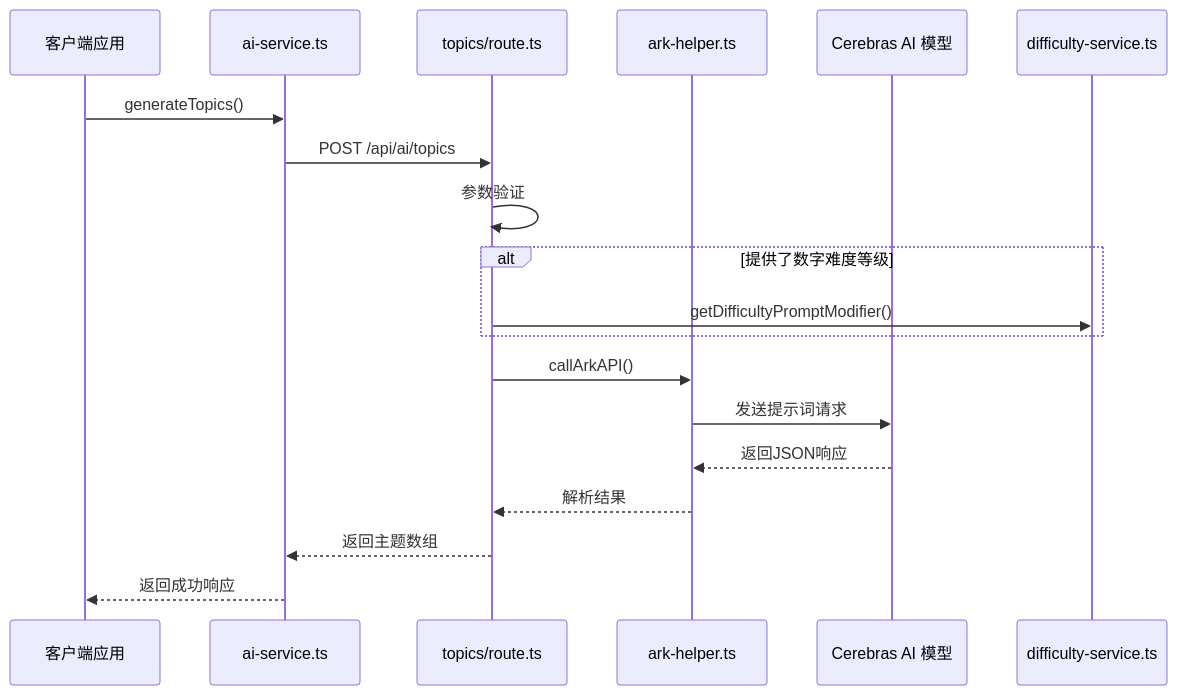
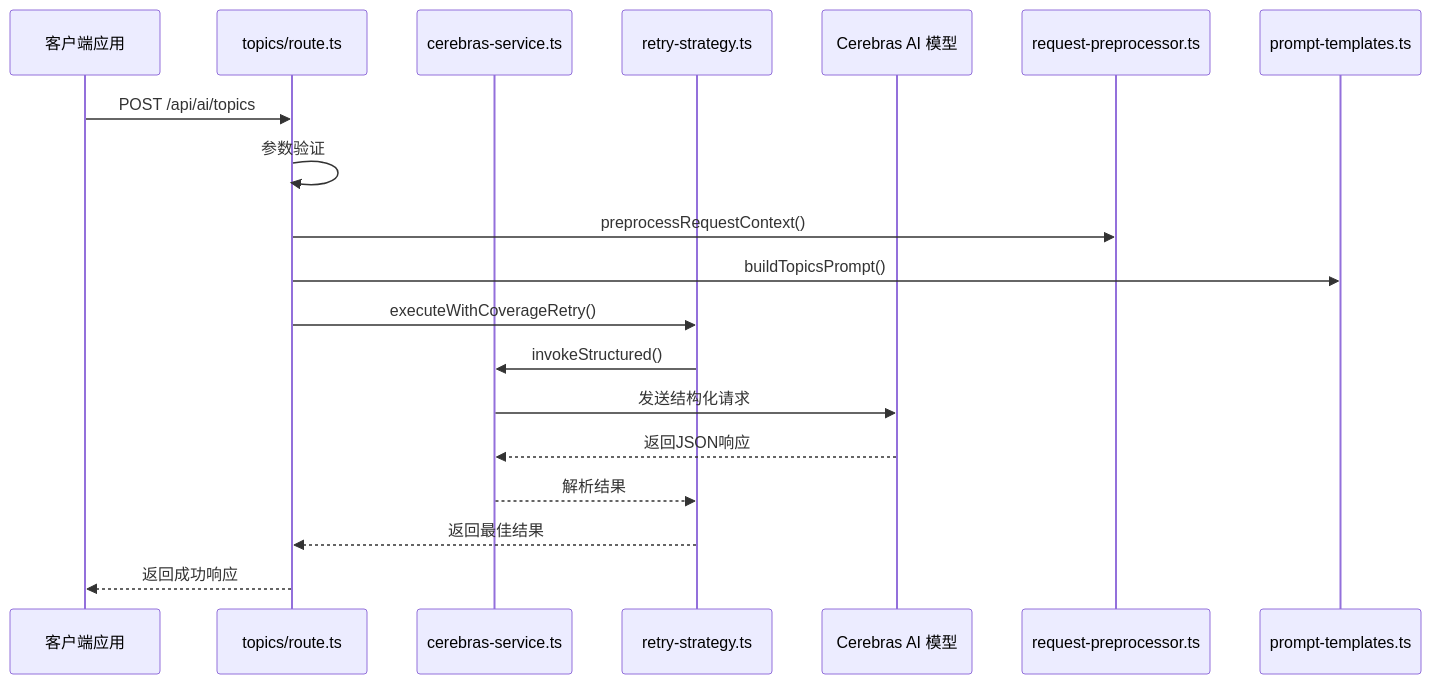
Before and after one commit to arthurlee116/english-listening-trainer: the first of 3 diagrams in .qoder/repowiki/zh/content/后端API接口/AI内容生成API/主题生成API.md, drawn with Mermaid. The commit also changed other lines of this file and 58 other files, not shown here.

````diff
--- a/.qoder/repowiki/zh/content/后端API接口/AI内容生成API/主题生成API.md
+++ b/.qoder/repowiki/zh/content/后端API接口/AI内容生成API/主题生成API.md
@@ -57,20 +68,19 @@
 ```mermaid
 sequenceDiagram
 participant Client as 客户端应用
-participant AIService as ai-service.ts
 participant TopicRoute as topics/route.ts
-participant ArkHelper as ark-helper.ts
+participant CerebrasService as cerebras-service.ts
+participant RetryStrategy as retry-strategy.ts
 participant Cerebras as Cerebras AI 模型
-Client->>AIService : generateTopics()
-AIService->>TopicRoute : POST /api/ai/topics
+Client->>TopicRoute : POST /api/ai/topics
 TopicRoute->>TopicRoute : 参数验证
-alt 提供了数字难度等级
-TopicRoute->>difficulty-service.ts : getDifficultyPromptModifier()
-end
-TopicRoute->>ArkHelper : callArkAPI()
-ArkHelper->>Cerebras : 发送提示词请求
-Cerebras-->>ArkHelper : 返回JSON响应
-ArkHelper-->>TopicRoute : 解析结果
-TopicRoute-->>AIService : 返回主题数组
-AIService-->>Client : 返回成功响应
+TopicRoute->>request-preprocessor.ts : preprocessRequestContext()
+TopicRoute->>prompt-templates.ts : buildTopicsPrompt()
+TopicRoute->>RetryStrategy : executeWithCoverageRetry()
+RetryStrategy->>CerebrasService : invokeStructured()
+CerebrasService->>Cerebras : 发送结构化请求
+Cerebras-->>CerebrasService : 返回JSON响应
+CerebrasService-->>RetryStrategy : 解析结果
+RetryStrategy-->>TopicRoute : 返回最佳结果
+TopicRoute-->>Client : 返回成功响应
 ```
````
